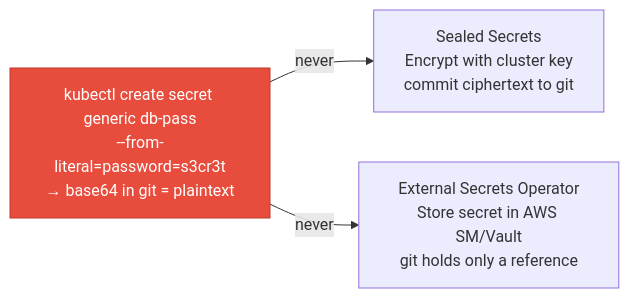
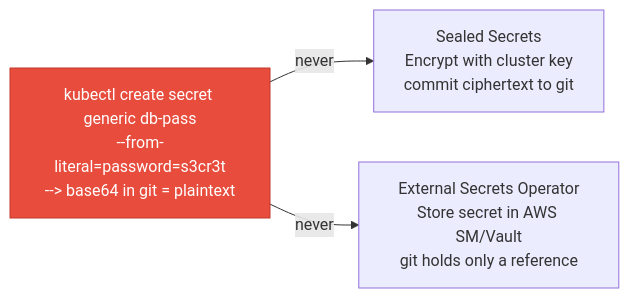
Before and after one commit to deepanshu-rawat6/tour-of-go: the first of 3 diagrams in devops/cicd/gitops-secrets.md, drawn with Mermaid. The commit also changed 25 other files, not shown here.

````diff
--- a/devops/cicd/gitops-secrets.md
+++ b/devops/cicd/gitops-secrets.md
@@ -9,10 +9,10 @@
 ```mermaid
 flowchart LR
-    BAD["kubectl create secret generic db-pass<br>--from-literal=password=s3cr3t<br>→ base64 in git = plaintext"]:::warn
+    BAD["kubectl create secret generic db-pass<br>--from-literal=password=s3cr3t<br>--> base64 in git = plaintext"]:::warn
     GOOD1["Sealed Secrets<br>Encrypt with cluster key<br>commit ciphertext to git"]
     GOOD2["External Secrets Operator<br>Store secret in AWS SM/Vault<br>git holds only a reference"]
     BAD -->|"never"| GOOD1
     BAD -->|"never"| GOOD2
 
     classDef warn fill:#e74c3c,stroke:#c0392b,color:#fff
 ```
````
